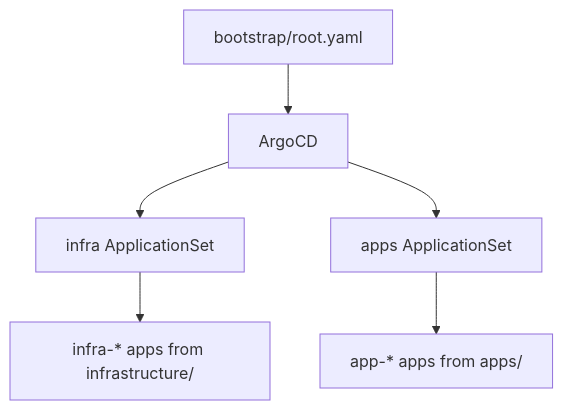
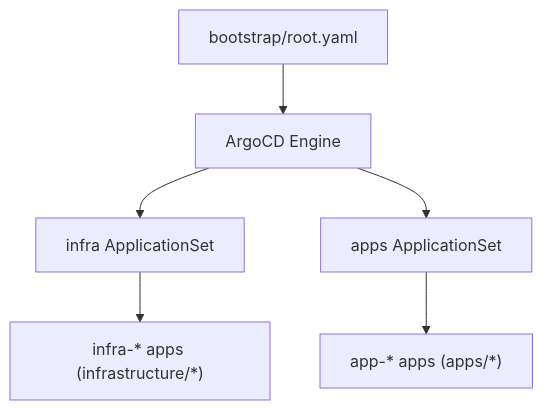
The diagram in docs/src/content/docs/tutorials/argocd.md (nsudhanva/homelab), drawn with Mermaid before and after one commit. The commit also changed other lines of this file and 40 other files, not shown here.

````diff
--- a/docs/src/content/docs/tutorials/argocd.md
+++ b/docs/src/content/docs/tutorials/argocd.md
@@ -48,8 +48,8 @@
 ```mermaid
 flowchart TD
-  Root["bootstrap/root.yaml"] --> Argo["ArgoCD"]
+  Root["bootstrap/root.yaml"] --> Argo["ArgoCD Engine"]
   Argo --> InfraSet["infra ApplicationSet"]
   Argo --> AppsSet["apps ApplicationSet"]
-  InfraSet --> InfraApps["infra-* apps from infrastructure/"]
-  AppsSet --> UserApps["app-* apps from apps/"]
+  InfraSet --> InfraApps["infra-* apps (infrastructure/*)"]
+  AppsSet --> UserApps["app-* apps (apps/*)"]
 ```
````
